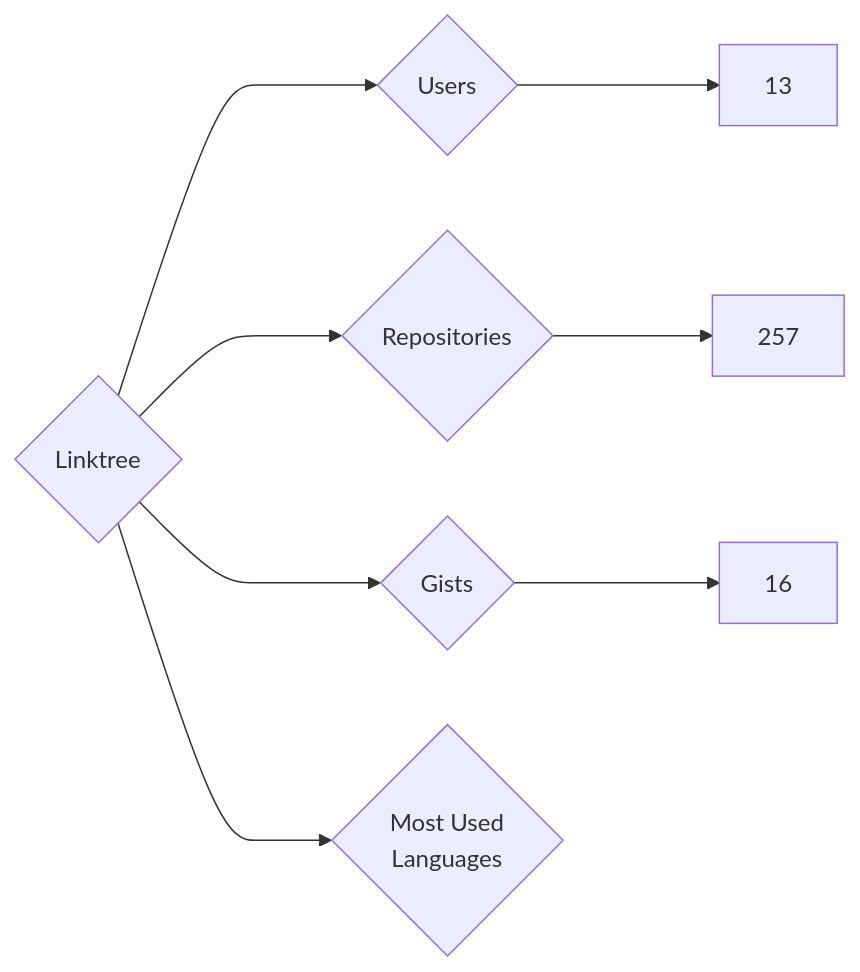
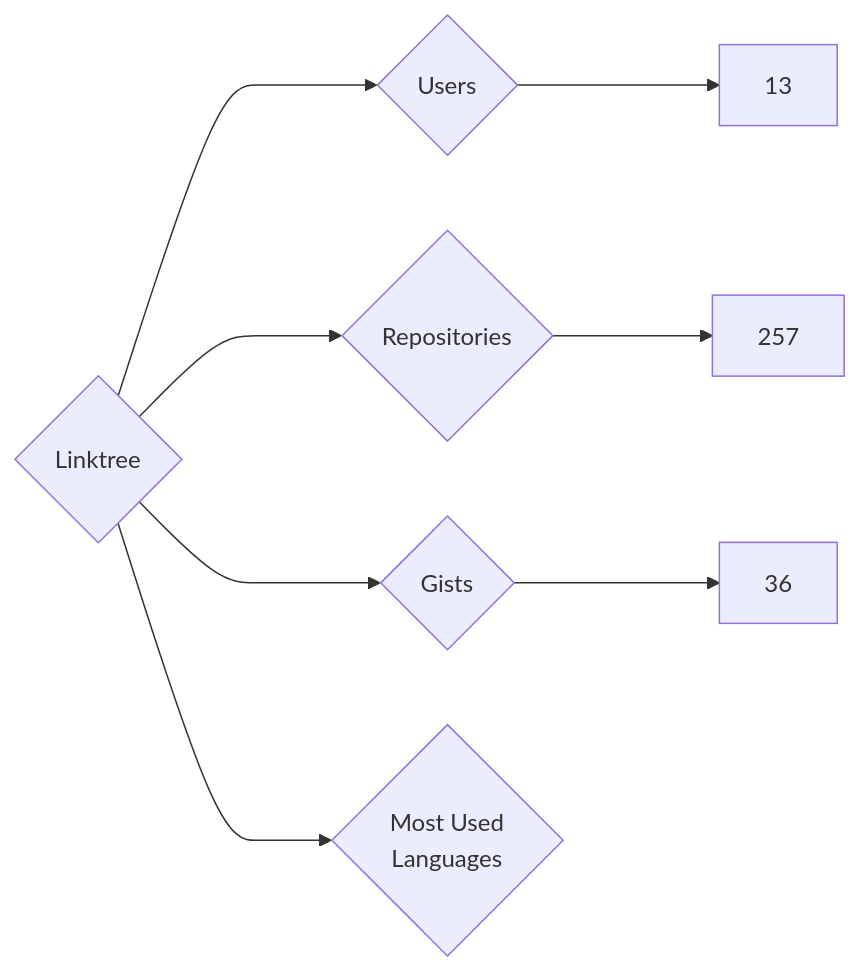
The diagram in targets/Linktree/README.md (nenadzaric/insiders), drawn with Mermaid before and after one commit. The commit also changed 1342 other files, not shown here.

````diff
--- a/targets/Linktree/README.md
+++ b/targets/Linktree/README.md
@@ -3,8 +3,8 @@
 ```mermaid
 graph LR
 COMPANY_NAME{Linktree}
 COMPANY_NAME ---> U{Users} ---> UN[13]
 COMPANY_NAME ---> R{Repositories} ---> RN[257]
-COMPANY_NAME ---> G{Gists} ---> GN[16]
+COMPANY_NAME ---> G{Gists} ---> GN[36]
 COMPANY_NAME ---> ML{Most Used<br>Languages}
 ```
````
